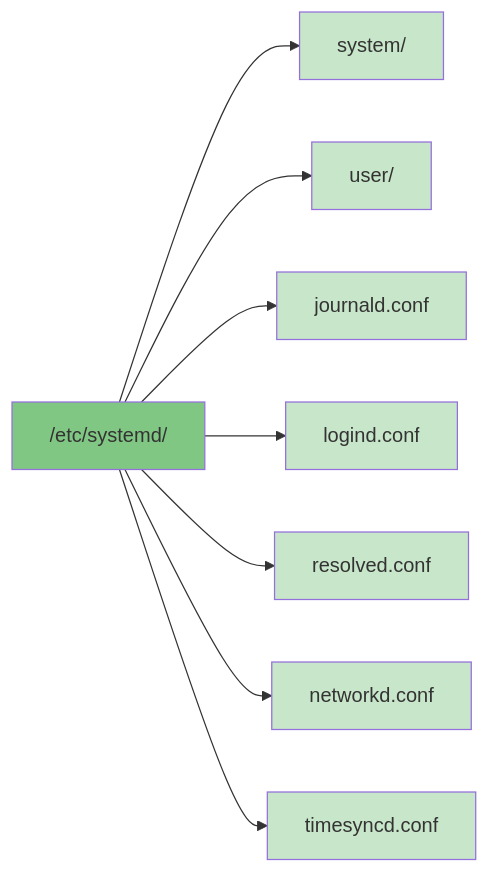
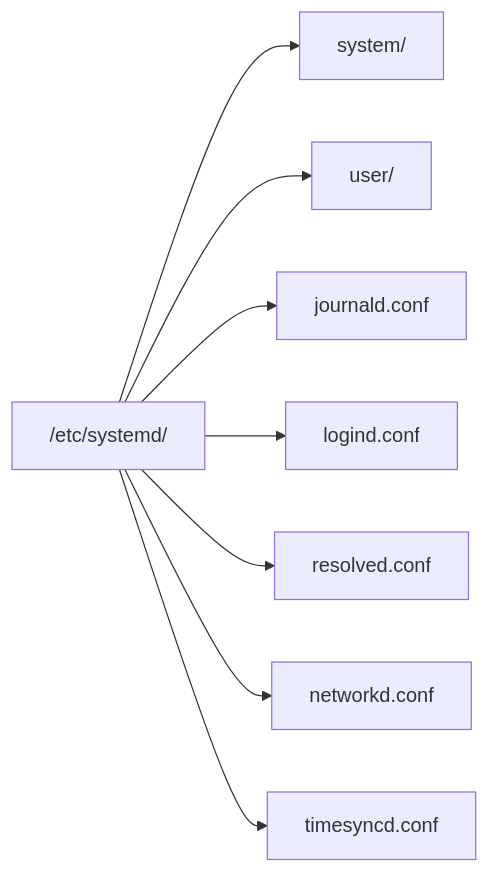
One commit to vignemail1/systemd-doc changed the second of 4 diagrams in docs/introduction/architecture.md. Above: the diagram before and after it, drawn with Mermaid. The commit also changed other lines of this file and 2 other files, not shown here.

Commit message:
fix: mermaid font color and admonition networkctl

````diff
--- a/docs/introduction/architecture.md
+++ b/docs/introduction/architecture.md
@@ -150,28 +150,28 @@
 ```mermaid
 graph LR
     etc["/etc/systemd/"]
     system["system/"]
     user["user/"]
     journald["journald.conf"]
     logind["logind.conf"]
     resolved["resolved.conf"]
     networkd["networkd.conf"]
     timesyncd["timesyncd.conf"]
     
     etc --> system
     etc --> user
     etc --> journald
     etc --> logind
     etc --> resolved
     etc --> networkd
     etc --> timesyncd
     
-    style etc fill:#81C784
-    style system fill:#C8E6C9
-    style user fill:#C8E6C9
-    style journald fill:#C8E6C9
-    style logind fill:#C8E6C9
-    style resolved fill:#C8E6C9
-    style networkd fill:#C8E6C9
-    style timesyncd fill:#C8E6C9
+    style etc fill:#81C784 color:#1b1b1b
+    style system fill:#C8E6C9 color:#1b1b1b
+    style user fill:#C8E6C9 color:#1b1b1b
+    style journald fill:#C8E6C9 color:#1b1b1b
+    style logind fill:#C8E6C9 color:#1b1b1b
+    style resolved fill:#C8E6C9 color:#1b1b1b
+    style networkd fill:#C8E6C9 color:#1b1b1b
+    style timesyncd fill:#C8E6C9 color:#1b1b1b
 ```
````
